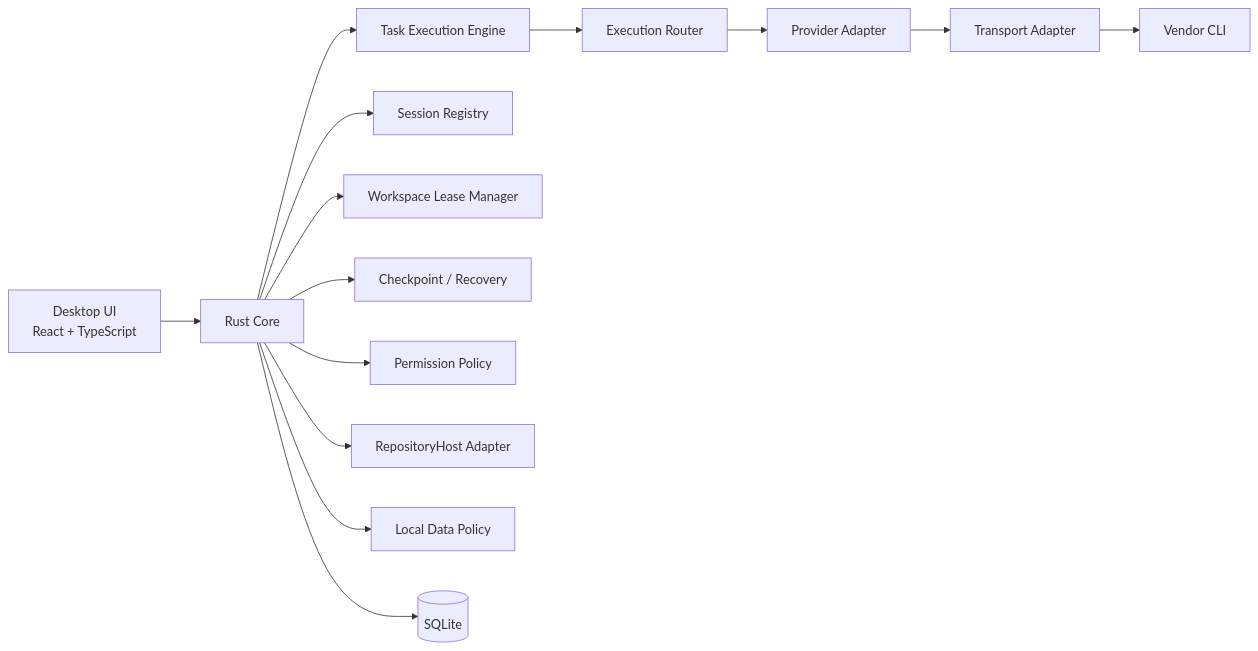
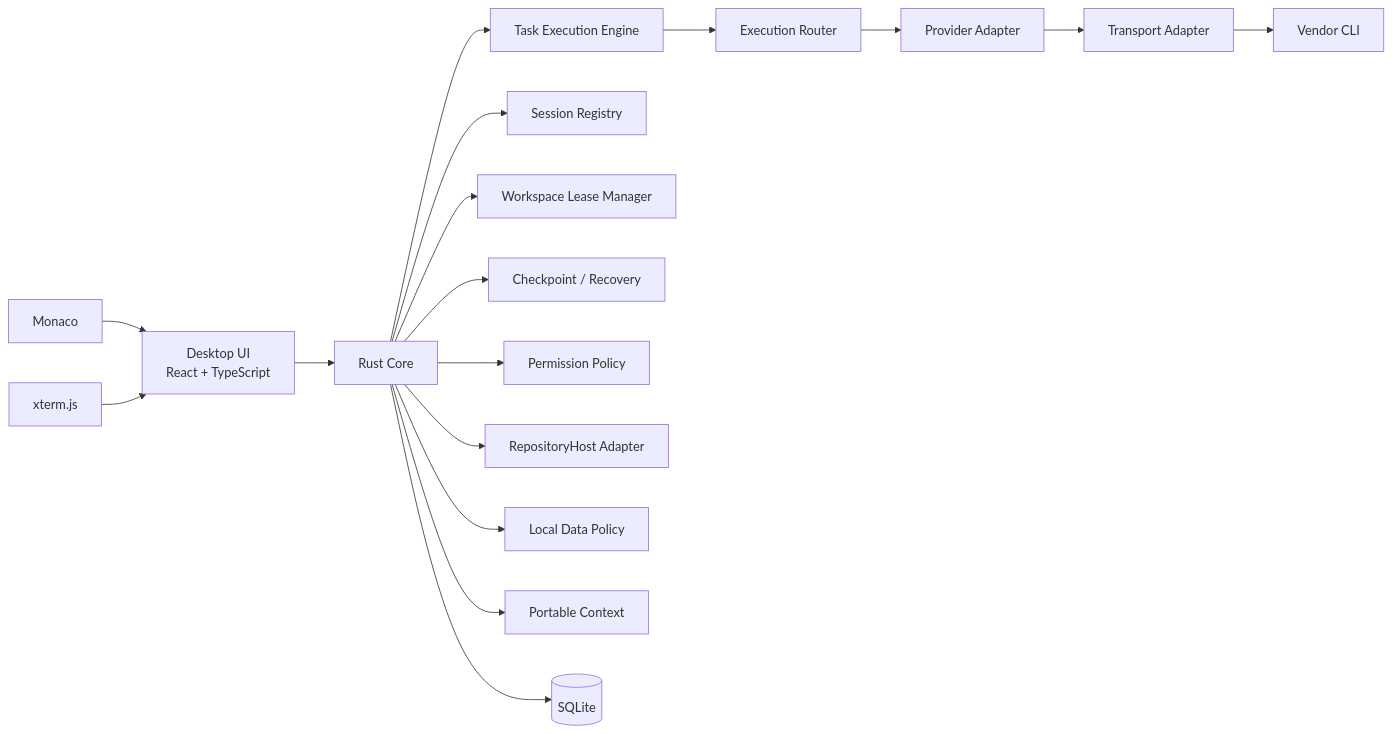
The diagram in docs/basic-design.md (nntokyo/ai-cli-orchestrator), drawn with Mermaid before and after one commit.

Commit message:
docs: align basic architecture diagram

````diff
--- a/docs/basic-design.md
+++ b/docs/basic-design.md
@@ -35,31 +35,37 @@
 ```mermaid
 flowchart LR
   UI[Desktop UI<br/>React + TypeScript]
+  EDITOR[Monaco]
+  TERM[xterm.js]
   CORE[Rust Core]
   ENGINE[Task Execution Engine]
   ROUTER[Execution Router]
   SESS[Session Registry]
   LOCK[Workspace Lease Manager]
   REC[Checkpoint / Recovery]
   PERM[Permission Policy]
   HOST[RepositoryHost Adapter]
   DATA[Local Data Policy]
+  CONTEXT[Portable Context]
   DB[(SQLite)]
   PA[Provider Adapter]
   TA[Transport Adapter]
   CLI[Vendor CLI]
 
+  EDITOR --> UI
+  TERM --> UI
   UI --> CORE
   CORE --> ENGINE
   CORE --> SESS
   CORE --> LOCK
   CORE --> REC
   CORE --> PERM
   CORE --> HOST
   CORE --> DATA
+  CORE --> CONTEXT
   CORE --> DB
   ENGINE --> ROUTER
   ROUTER --> PA
   PA --> TA
   TA --> CLI
 ```
````
